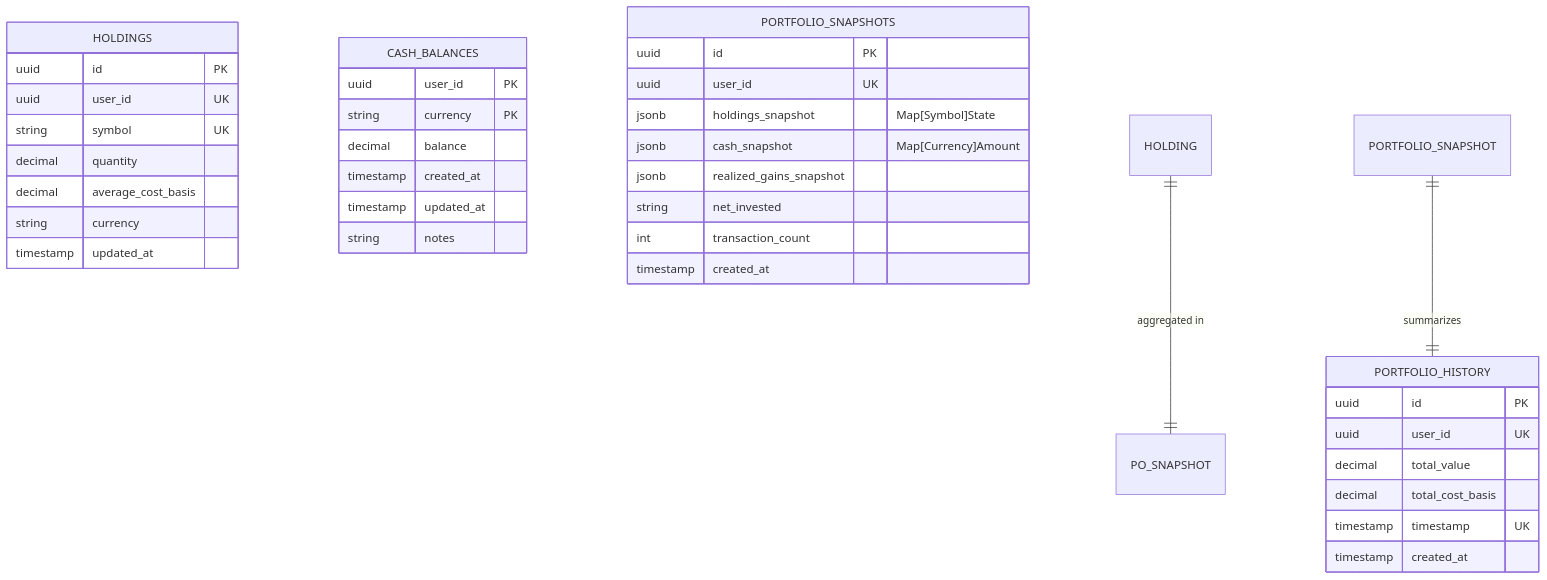
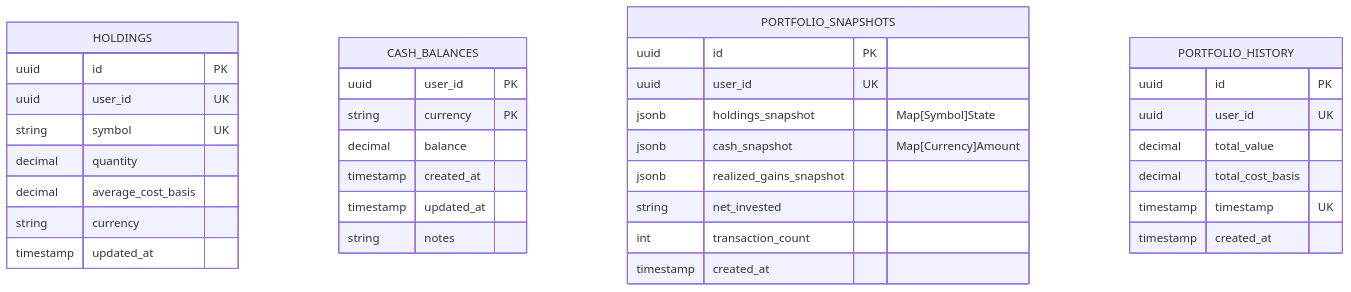
One commit to garcios/portfolio-insights changed the second of 2 diagrams in services/portfolio-service/SYSTEM_DESIGN.md. Above: the diagram before and after it, drawn with Mermaid.

Commit message:
docs: Remove Mermaid diagram relationships from system design.

````diff
--- a/services/portfolio-service/SYSTEM_DESIGN.md
+++ b/services/portfolio-service/SYSTEM_DESIGN.md
@@ -70,44 +70,41 @@
 ```mermaid
 erDiagram
     HOLDINGS {
         uuid id PK
         uuid user_id UK
         string symbol UK
         decimal quantity
         decimal average_cost_basis
         string currency
         timestamp updated_at
     }
 
     CASH_BALANCES {
         uuid user_id PK
         string currency PK
         decimal balance
         timestamp created_at
         timestamp updated_at
         string notes
     }
 
     PORTFOLIO_SNAPSHOTS {
         uuid id PK
         uuid user_id UK
         jsonb holdings_snapshot "Map[Symbol]State"
         jsonb cash_snapshot "Map[Currency]Amount"
         jsonb realized_gains_snapshot
         string net_invested
         int transaction_count
         timestamp created_at
     }
 
     PORTFOLIO_HISTORY {
         uuid id PK
         uuid user_id UK
         decimal total_value
         decimal total_cost_basis
         timestamp timestamp UK
         timestamp created_at
     }
-
-    HOLDING ||--|| PO_SNAPSHOT : "aggregated in"
-    PORTFOLIO_SNAPSHOT ||--|| PORTFOLIO_HISTORY : "summarizes"
 ```
````
